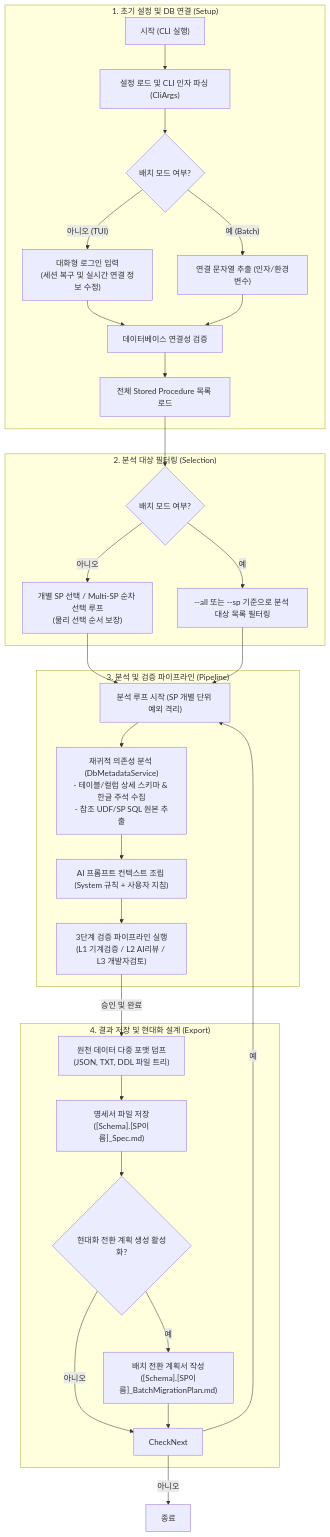
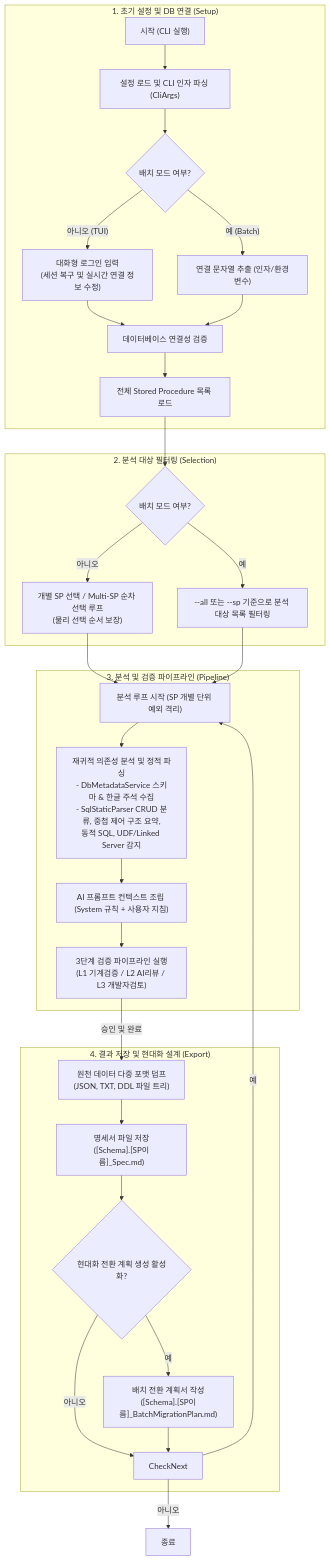
The first of 3 diagrams in docs/architecture.md (moondae815/sp-reverse-engineering), drawn with Mermaid before and after one commit.

Commit message:
docs: sync macro execution flow diagram with static parser integration

````diff
--- a/docs/architecture.md
+++ b/docs/architecture.md
@@ -79,45 +79,45 @@
 ```mermaid
 graph TD
     %% 1단계: 초기화 및 연결
     subgraph Setup ["1. 초기 설정 및 DB 연결 (Setup)"]
         Start["시작 (CLI 실행)"] --> Parse["설정 로드 및 CLI 인자 파싱 (CliArgs)"]
         Parse --> ModeCheck{"배치 모드 여부?"}
         
         ModeCheck -- "아니오 (TUI)" --> TUI["대화형 로그인 입력<br/>(세션 복구 및 실시간 연결 정보 수정)"]
         ModeCheck -- "예 (Batch)" --> Batch["연결 문자열 추출 (인자/환경변수)"]
         
         TUI & Batch --> ConnTest["데이터베이스 연결성 검증"]
         ConnTest --> LoadSps["전체 Stored Procedure 목록 로드"]
     end
     
     %% 2단계: 대상 필터링
     subgraph Selection ["2. 분석 대상 필터링 (Selection)"]
         LoadSps --> TargetCheck{"배치 모드 여부?"}
         
         TargetCheck -- "아니오" --> SelectTUI["개별 SP 선택 / Multi-SP 순차 선택 루프<br/>(물리 선택 순서 보장)"]
         TargetCheck -- "예" --> SelectBatch["--all 또는 --sp 기준으로 분석 대상 목록 필터링"]
     end
     
     %% 3단계: 메인 분석 및 검증 파이프라인
     subgraph Pipeline ["3. 분석 및 검증 파이프라인 (Pipeline)"]
         SelectTUI & SelectBatch --> LoopStart["분석 루프 시작 (SP 개별 단위 예외 격리)"]
         
-        LoopStart --> QueryMeta["재귀적 의존성 분석 (DbMetadataService)<br/>- 테이블/컬럼 상세 스키마 & 한글 주석 수집<br/>- 참조 UDF/SP SQL 원본 추출"]
+        LoopStart --> QueryMeta["재귀적 의존성 분석 및 정적 파싱<br/>- DbMetadataService 스키마 & 한글 주석 수집<br/>- SqlStaticParser CRUD 분류, 중첩 제어 구조 요약,<br/>동적 SQL, UDF/Linked Server 감지"]
         QueryMeta --> GeneratePrompt["AI 프롬프트 컨텍스트 조립 (System 규칙 + 사용자 지침)"]
         
         GeneratePrompt --> VerificationPipeline["3단계 검증 파이프라인 실행<br/>(L1 기계검증 / L2 AI리뷰 / L3 개발자검토)"]
     end
     
     %% 4단계: 산출물 내보내기 및 현대화 전환 설계
     subgraph Save ["4. 결과 저장 및 현대화 설계 (Export)"]
         VerificationPipeline -- "승인 및 완료" --> ExportRaw["원천 데이터 다중 포맷 덤프<br/>(JSON, TXT, DDL 파일 트리)"]
         ExportRaw --> SaveSpec["명세서 파일 저장<br/>([Schema].[SP이름]_Spec.md)"]
         SaveSpec --> GenMigrationCheck{"현대화 전환 계획 생성 활성화?"}
         GenMigrationCheck -- "예" --> GenMigration["배치 전환 계획서 작성<br/>([Schema].[SP이름]_BatchMigrationPlan.md)"]
         GenMigrationCheck -- "아니오" --> CheckNext
         GenMigration --> CheckNext
     end
     
     CheckNext -- "예" --> LoopStart
     CheckNext -- "아니오" --> End["종료"]
 ```
````
